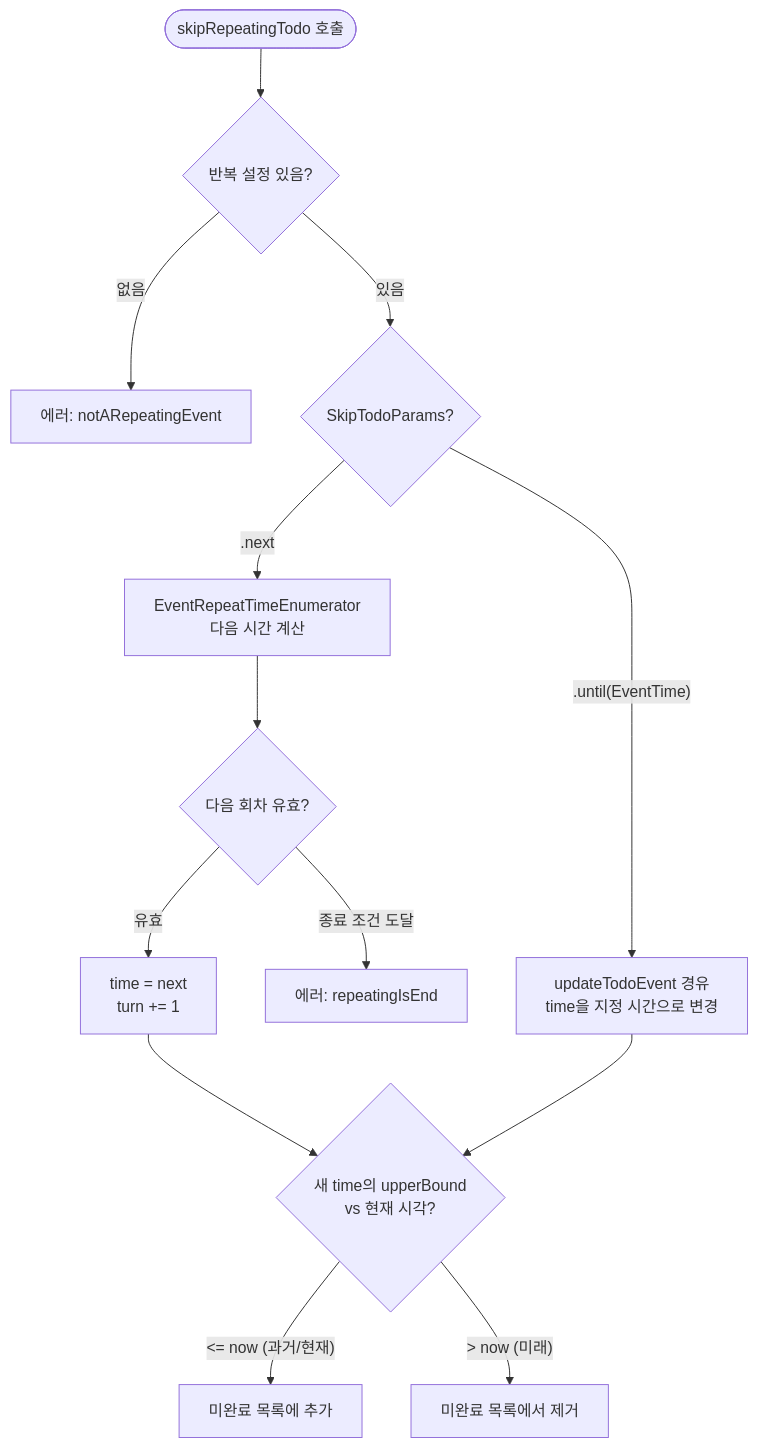
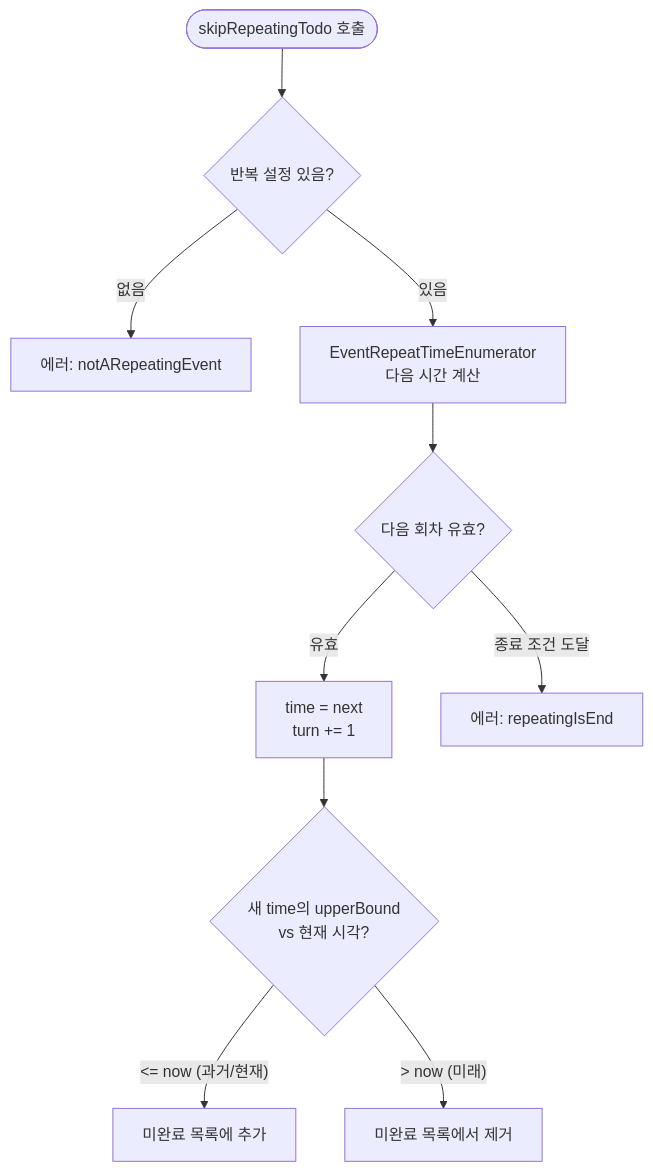
One commit to sudopark/TodoCalendar changed the sixth of 7 diagrams in docs/spec/todo-event.md. Above: the diagram before and after it, drawn with Mermaid. The commit also changed other lines of this file and 3 other files, not shown here.

````diff
--- a/docs/spec/todo-event.md
+++ b/docs/spec/todo-event.md
@@ -418,19 +415,15 @@
 ```mermaid
 flowchart TD
     Start([skipRepeatingTodo 호출]) --> Q1{반복 설정 있음?}
 
     Q1 -->|없음| Err1[에러: notARepeatingEvent]
-    Q1 -->|있음| Q2{SkipTodoParams?}
+    Q1 -->|있음| Calc[EventRepeatTimeEnumerator\n다음 시간 계산]
 
-    Q2 -->|.next| Calc[EventRepeatTimeEnumerator\n다음 시간 계산]
     Calc --> Q3{다음 회차 유효?}
     Q3 -->|유효| Skip[time = next\nturn += 1]
     Q3 -->|종료 조건 도달| Err2[에러: repeatingIsEnd]
 
     Skip --> Q4{새 time의 upperBound\nvs 현재 시각?}
     Q4 -->|"<= now (과거/현재)"| AddUncompleted[미완료 목록에 추가]
     Q4 -->|"> now (미래)"| RemoveUncompleted[미완료 목록에서 제거]
-
-    Q2 -->|".until(EventTime)"| Patch[updateTodoEvent 경유\ntime을 지정 시간으로 변경]
-    Patch --> Q4
 ```
````
